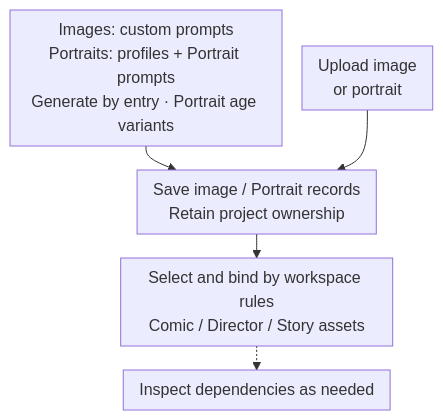
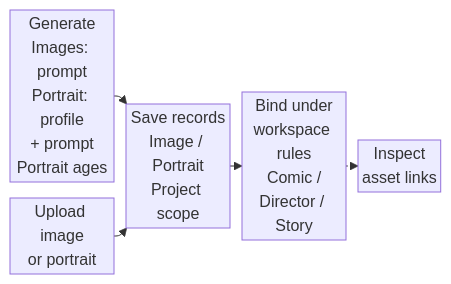
The sixth of 18 diagrams in README.en.md (GTJasonMK/A4N), drawn with Mermaid before and after one commit. The commit also changed other lines of this file and 2 other files, not shown here.

````diff
--- a/README.en.md
+++ b/README.en.md
@@ -160,13 +160,13 @@
 ```mermaid
 ---
 config:
-  flowchart: { nodeSpacing: 20, rankSpacing: 24, padding: 8, wrappingWidth: 240 }
+  flowchart: { nodeSpacing: 16, rankSpacing: 12, padding: 2, wrappingWidth: 96 }
 ---
-flowchart TB
+flowchart LR
   accTitle: Images, character portraits and asset references
   accDescr: General images use custom prompts; portraits use character profiles and portrait prompts. Each has its own generation entry. Existing images or portraits can be uploaded without model generation, then selected and bound under each workspace's rules.
-  generation["Images: custom prompts<br/>Portraits: profiles + Portrait prompts<br/>Generate by entry · Portrait age variants"] --> library["Save image / Portrait records<br/>Retain project ownership"]
+  generation["Generate<br/>Images: prompt<br/>Portrait: profile<br/>+ prompt<br/>Portrait ages"] --> library["Save records<br/>Image / Portrait<br/>Project scope"]
   uploaded["Upload image<br/>or portrait"] --> library
-  library --> reuse["Select and bind by workspace rules<br/>Comic / Director / Story assets"]
-  reuse -.-> dependencies["Inspect dependencies as needed"]
+  library --> reuse["Bind under<br/>workspace rules<br/>Comic /<br/>Director / Story"]
+  reuse -.-> dependencies["Inspect<br/>asset links"]
 ```
````
